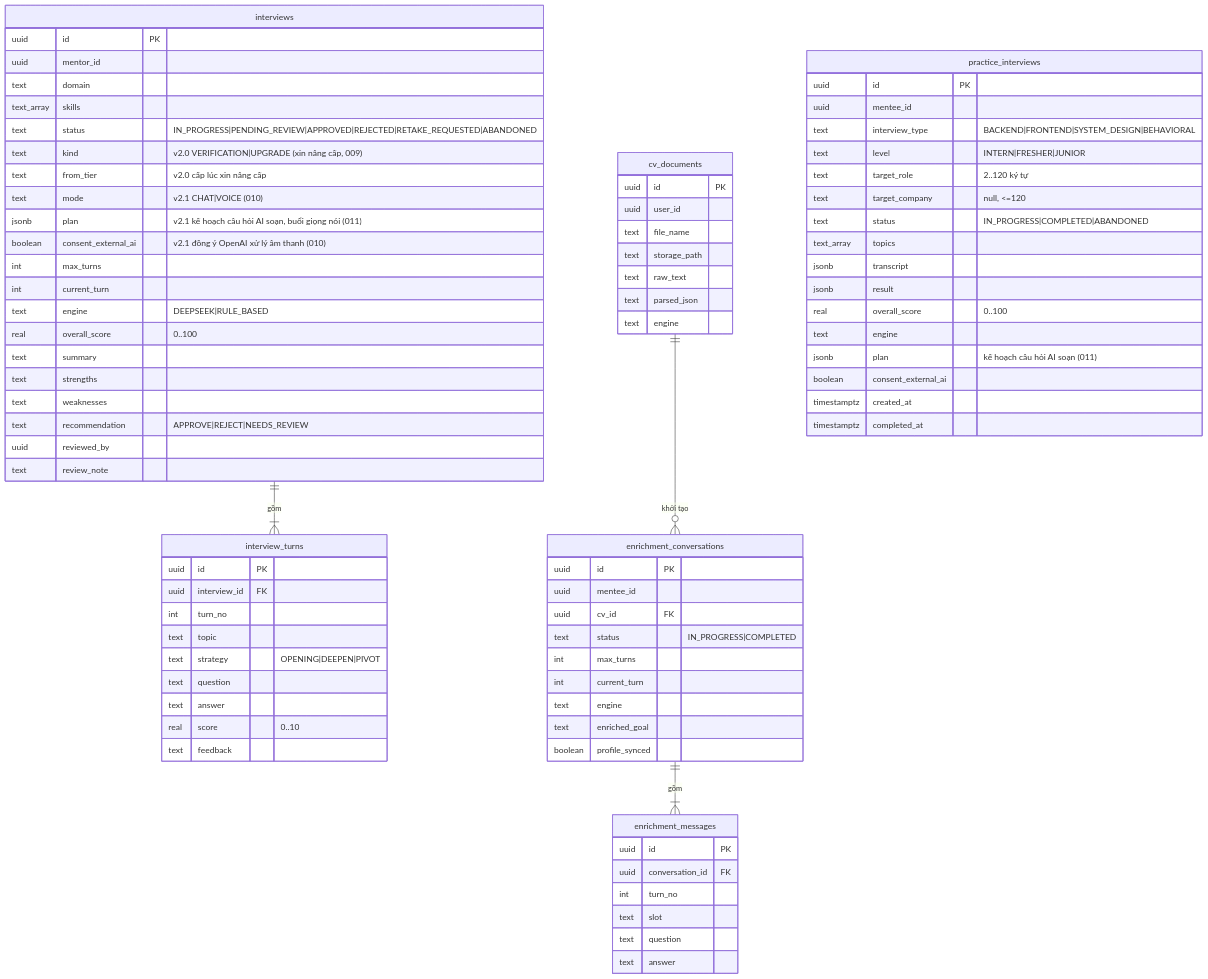
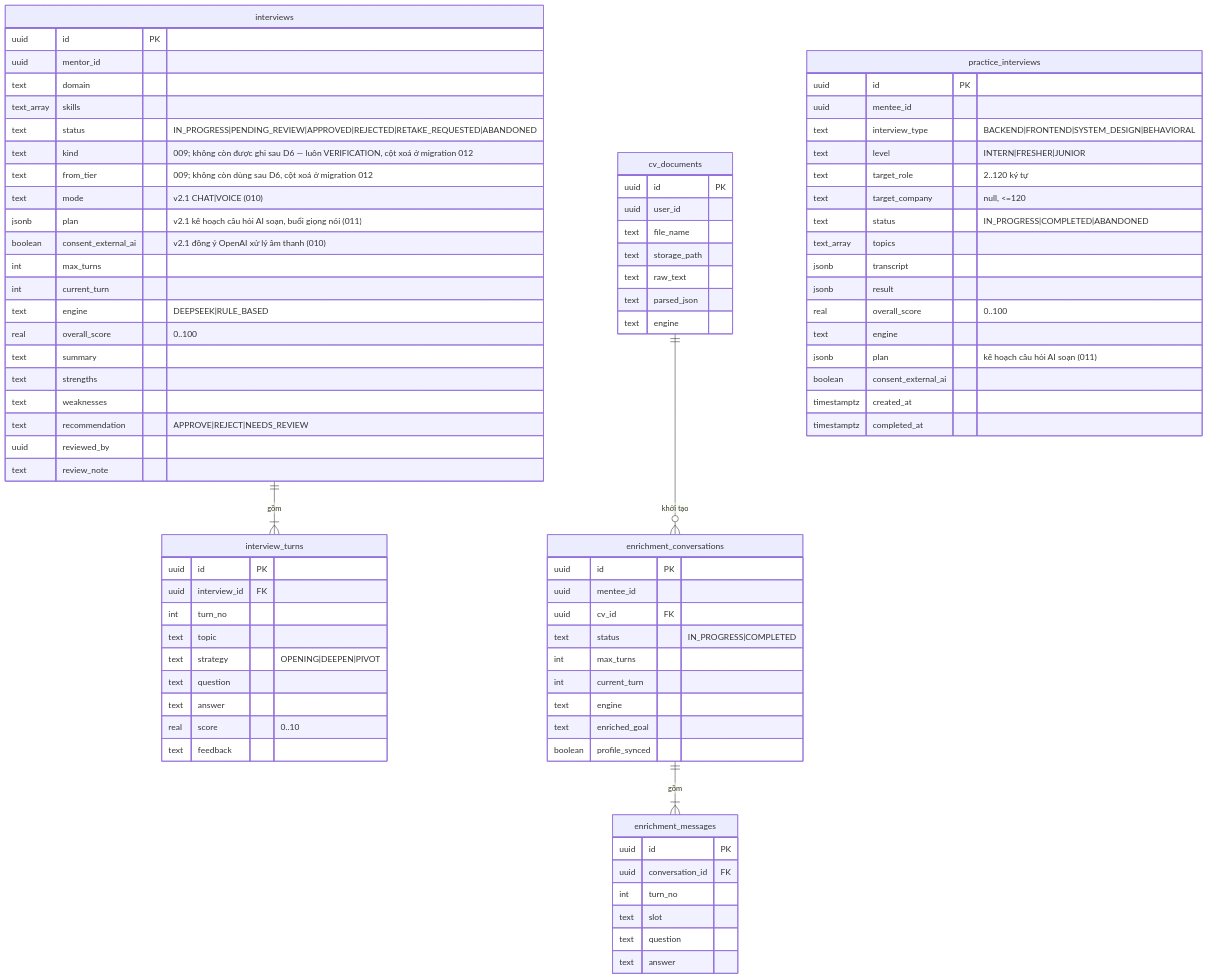
Before and after one commit to quangpham10212004/do_an_2026: the fifth of 8 diagrams in docs/database-design.md, drawn with Mermaid. The commit also changed other lines of this file and 51 other files, not shown here.

First line of the commit message:
refactor(verification): gỡ cấp độ mentor (tier), chuyển sang giá tự do

```diff
--- a/docs/database-design.md
+++ b/docs/database-design.md
@@ -239,8 +236,8 @@
         text domain
         text_array skills
         text status "IN_PROGRESS|PENDING_REVIEW|APPROVED|REJECTED|RETAKE_REQUESTED|ABANDONED"
-        text kind "v2.0 VERIFICATION|UPGRADE (xin nâng cấp, 009)"
-        text from_tier "v2.0 cấp lúc xin nâng cấp"
+        text kind "009; không còn được ghi sau D6 — luôn VERIFICATION, cột xoá ở migration 012"
+        text from_tier "009; không còn dùng sau D6, cột xoá ở migration 012"
         text mode "v2.1 CHAT|VOICE (010)"
         jsonb plan "v2.1 kế hoạch câu hỏi AI soạn, buổi giọng nói (011)"
         boolean consent_external_ai "v2.1 đồng ý OpenAI xử lý âm thanh (010)"
```
